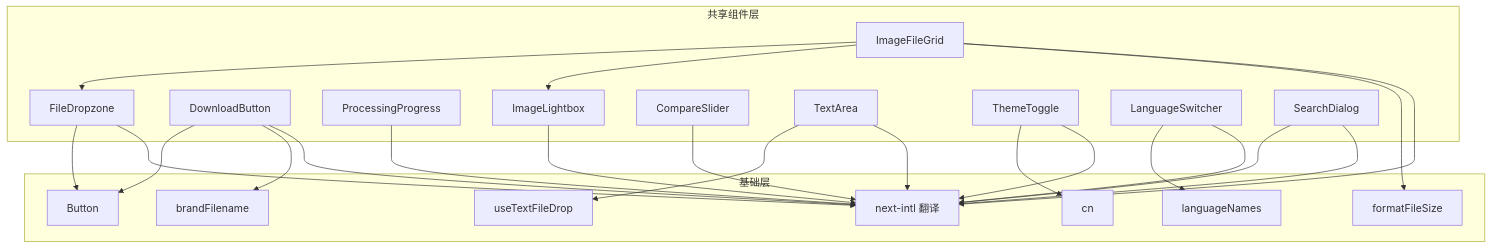
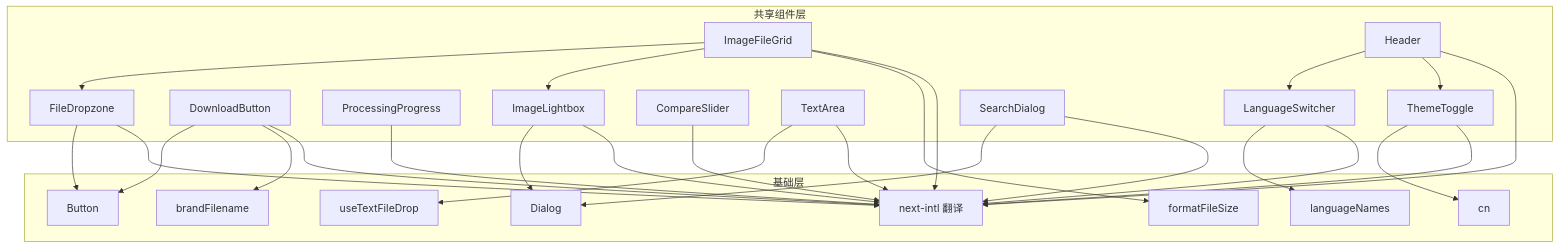
One commit to sgyy/privadeck changed the second of 5 diagrams in .qoder/repowiki/zh/content/UI组件系统/共享组件.md. Above: the diagram before and after it, drawn with Mermaid. The commit also changed other lines of this file and 6 other files, not shown here.

````diff
--- a/.qoder/repowiki/zh/content/UI组件系统/共享组件.md
+++ b/.qoder/repowiki/zh/content/UI组件系统/共享组件.md
@@ -133,44 +151,50 @@
 ```mermaid
 graph TB
 subgraph "共享组件层"
 C1["FileDropzone"]
 C2["DownloadButton"]
 C3["ProcessingProgress"]
 C4["ImageFileGrid"]
 C5["ImageLightbox"]
 C6["CompareSlider"]
 C7["TextArea"]
 C8["ThemeToggle"]
 C9["LanguageSwitcher"]
 C10["SearchDialog"]
+C11["Header"]
 end
 subgraph "基础层"
 UI["Button"]
+DLG["Dialog"]
 UT["cn"]
 FS["formatFileSize"]
 BR["brandFilename"]
 TF["useTextFileDrop"]
 LN["languageNames"]
 TR["next-intl 翻译"]
 end
 C1 --> UI
 C2 --> UI
 C4 --> C1
 C4 --> C5
 C4 --> FS
+C5 --> DLG
 C2 --> BR
 C7 --> TF
 C8 --> UT
 C9 --> LN
-C10 --> TR
+C10 --> DLG
+C11 --> C9
+C11 --> C8
 C1 --> TR
 C2 --> TR
 C3 --> TR
 C4 --> TR
 C5 --> TR
 C6 --> TR
 C7 --> TR
 C8 --> TR
 C9 --> TR
 C10 --> TR
+C11 --> TR
 ```
````
